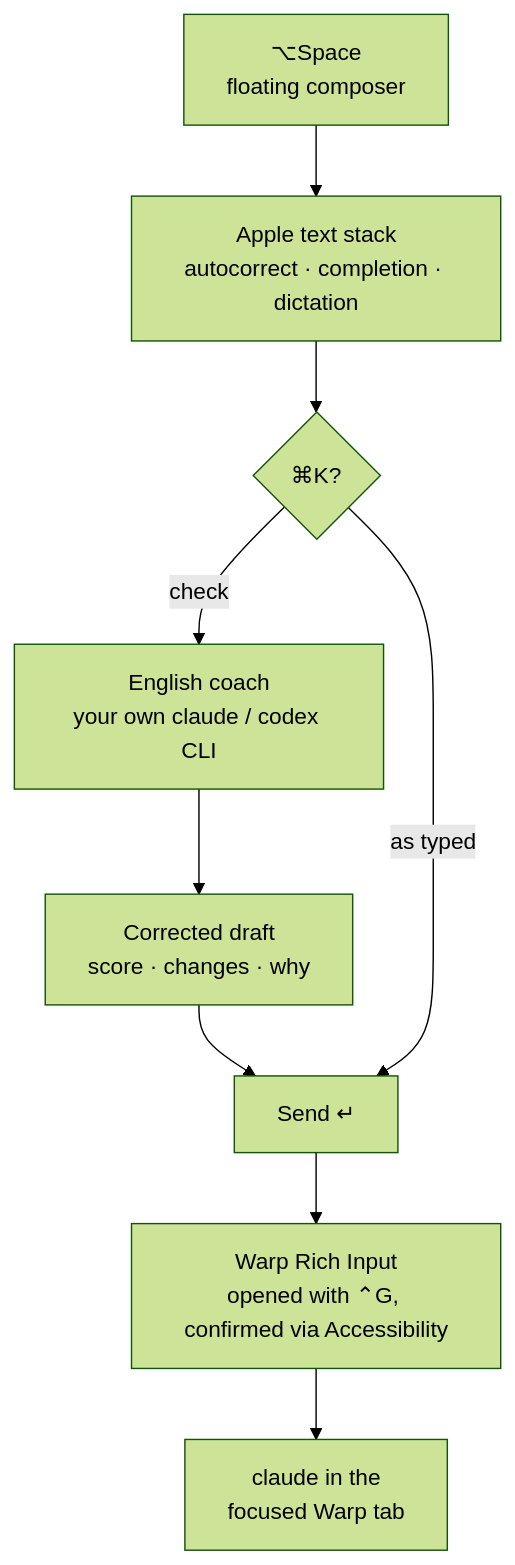
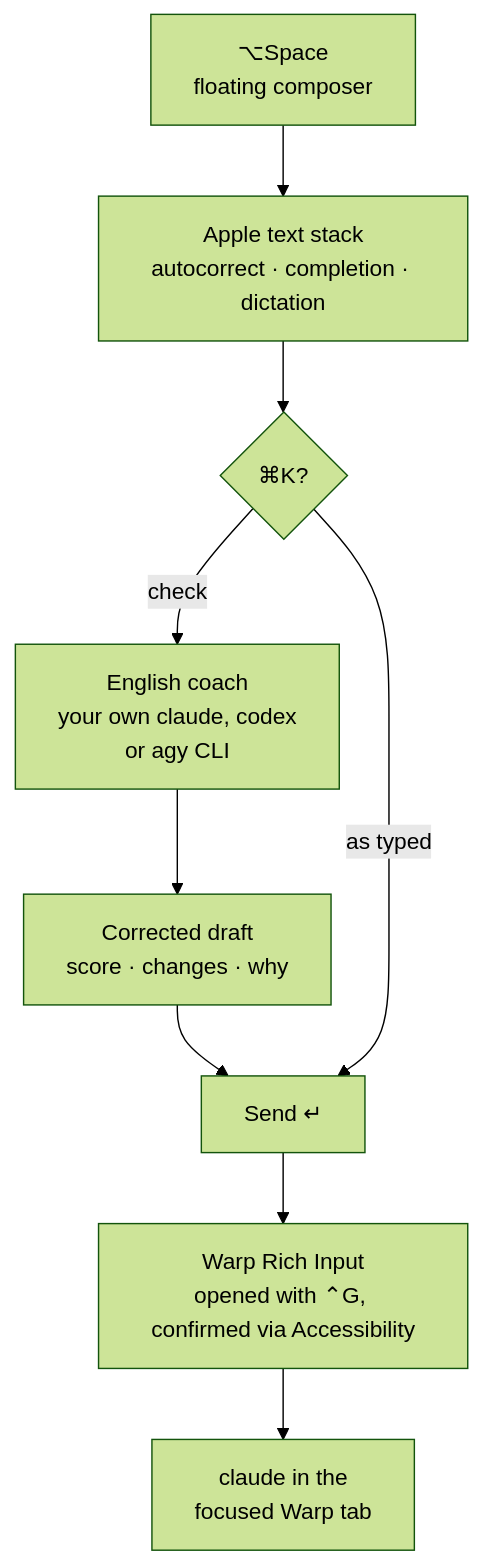
One commit to michael-v17/typeflow changed the diagram in README.md. Above: the diagram before and after it, drawn with Mermaid (forest theme). The commit also changed other lines of this file, not shown here.

Commit message:
docs: the note scopes Warp-only to sending; the coach node names agy

````diff
--- a/README.md
+++ b/README.md
@@ -119,11 +119,11 @@
 ```mermaid
 flowchart TD
     A["⌥Space<br/>floating composer"] --> B["Apple text stack<br/>autocorrect · completion · dictation"]
     B --> C{"⌘K?"}
-    C -- "check" --> D["English coach<br/>your own claude / codex CLI"]
+    C -- "check" --> D["English coach<br/>your own claude, codex<br/>or agy CLI"]
     D --> E["Corrected draft<br/>score · changes · why"]
     E --> F["Send ↵"]
     C -- "as typed" --> F
     F --> G["Warp Rich Input<br/>opened with ⌃G, confirmed via Accessibility"]
     G --> H["claude in the<br/>focused Warp tab"]
 ```
````
